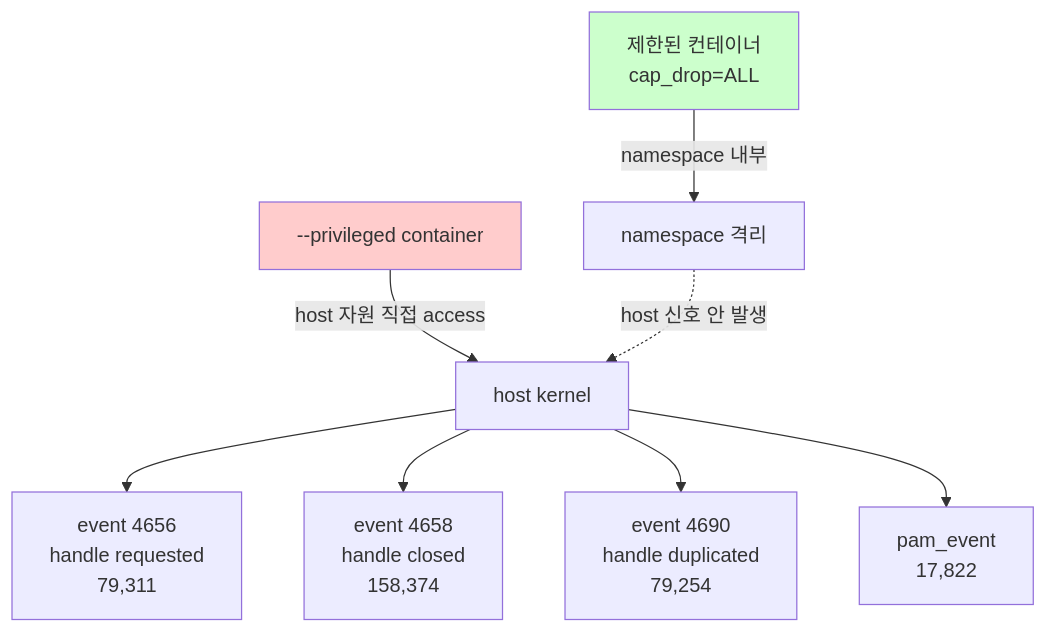
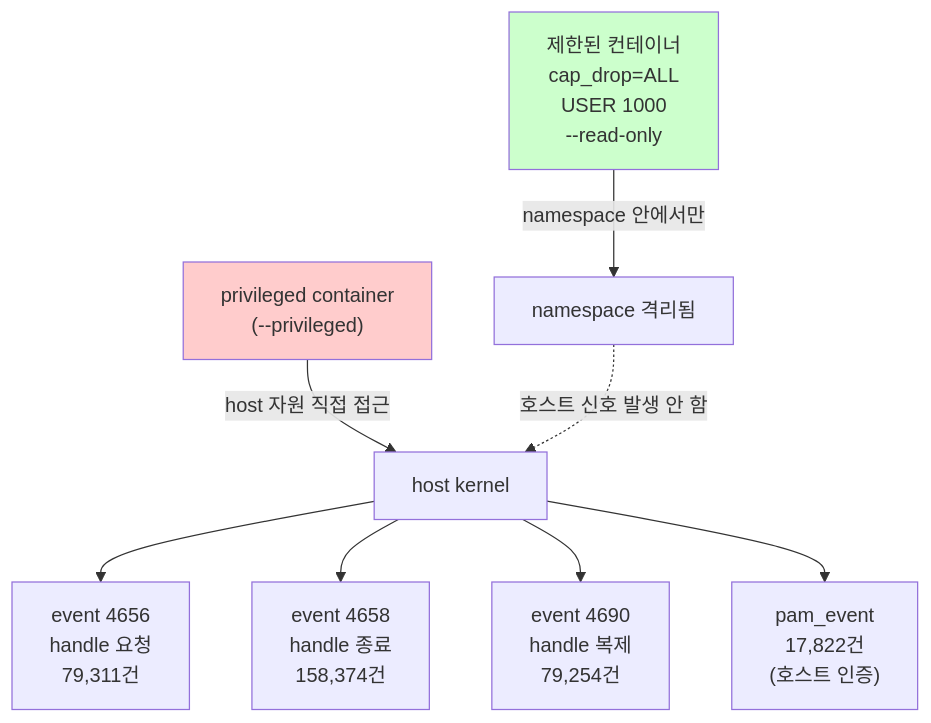
Before and after one commit to mrgrit/ccc: the diagram in contents/education/course6-cloud-container/week04/lecture.md, drawn with Mermaid. The commit also changed other lines of this file and 12 other files, not shown here.

````diff
--- a/contents/education/course6-cloud-container/week04/lecture.md
+++ b/contents/education/course6-cloud-container/week04/lecture.md
@@ -456,13 +460,13 @@
 ```mermaid
 graph TD
-    PR[--privileged container] -->|host 자원 직접 access| HOST[host kernel]
-    HOST --> E4656[event 4656<br/>handle requested<br/>79,311]
-    HOST --> E4658[event 4658<br/>handle closed<br/>158,374]
-    HOST --> E4690[event 4690<br/>handle duplicated<br/>79,254]
-    HOST --> PAM[pam_event<br/>17,822]
-    NORMAL[제한된 컨테이너<br/>cap_drop=ALL] -->|namespace 내부| NS[namespace 격리]
-    NS -.->|host 신호 안 발생| HOST
+    PR["privileged container<br/>(--privileged)"] -->|host 자원 직접 접근| HOST[host kernel]
+    HOST --> E4656["event 4656<br/>handle 요청<br/>79,311건"]
+    HOST --> E4658["event 4658<br/>handle 종료<br/>158,374건"]
+    HOST --> E4690["event 4690<br/>handle 복제<br/>79,254건"]
+    HOST --> PAM["pam_event<br/>17,822건<br/>(호스트 인증)"]
+    NORMAL["제한된 컨테이너<br/>cap_drop=ALL<br/>USER 1000<br/>--read-only"] -->|namespace 안에서만| NS[namespace 격리됨]
+    NS -.->|호스트 신호 발생 안 함| HOST
 
     style PR fill:#ffcccc
     style NORMAL fill:#ccffcc
 ```
````
